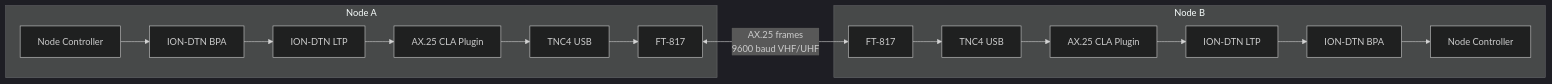
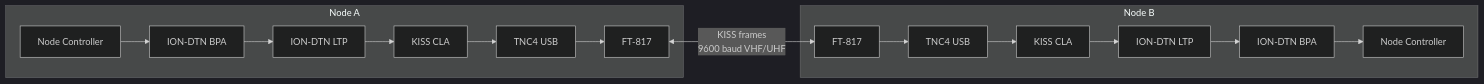
Before and after one commit to g4dpz/cislunar_proposal: the second of 4 diagrams in docs/terrestrial-dtn-phase1/design.md, drawn with Mermaid (dark theme). The commit also changed other lines of this file and 17 other files, not shown here.

Commit message:
Replace AX.25 with LTP-over-KISS and dtn:// EIDs across all specs, add cislunar redirect conf

````diff
--- a/docs/terrestrial-dtn-phase1/design.md
+++ b/docs/terrestrial-dtn-phase1/design.md
@@ -61,20 +61,20 @@
 ```mermaid
 graph LR
     subgraph "Node A"
         A_NC[Node Controller] --> A_BPA[ION-DTN BPA]
         A_BPA --> A_LTP[ION-DTN LTP]
-        A_LTP --> A_CLA[AX.25 CLA Plugin]
+        A_LTP --> A_CLA[KISS CLA]
         A_CLA --> A_TNC[TNC4 USB]
         A_TNC --> A_FT[FT-817]
     end
 
-    A_FT <-->|"AX.25 frames<br/>9600 baud VHF/UHF"| B_FT
+    A_FT <-->|"KISS frames<br/>9600 baud VHF/UHF"| B_FT
 
     subgraph "Node B"
         B_FT[FT-817] --> B_TNC[TNC4 USB]
-        B_TNC --> B_CLA[AX.25 CLA Plugin]
+        B_TNC --> B_CLA[KISS CLA]
         B_CLA --> B_LTP[ION-DTN LTP]
         B_LTP --> B_BPA[ION-DTN BPA]
         B_BPA --> B_NC[Node Controller]
     end
 ```
````
